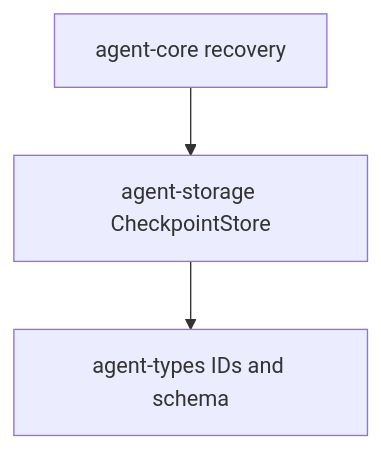
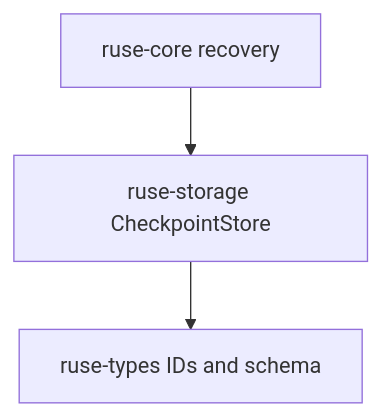
Before and after one commit to poneding/agent: the diagram in docs/specs/M04-01-checkpoint-store.spec.md, drawn with Mermaid. The commit also changed other lines of this file and 2091 other files, not shown here.

First line of the commit message:
refactor: rename agent branding to ruse

````diff
--- a/docs/specs/M04-01-checkpoint-store.spec.md
+++ b/docs/specs/M04-01-checkpoint-store.spec.md
@@ -31,5 +31,5 @@
 ```mermaid
 flowchart TD
-  agent_core["agent-core recovery"] --> agent_storage["agent-storage CheckpointStore"]
-  agent_storage --> agent_types["agent-types IDs and schema"]
+  ruse_core["ruse-core recovery"] --> ruse_storage["ruse-storage CheckpointStore"]
+  ruse_storage --> ruse_types["ruse-types IDs and schema"]
 ```
````
